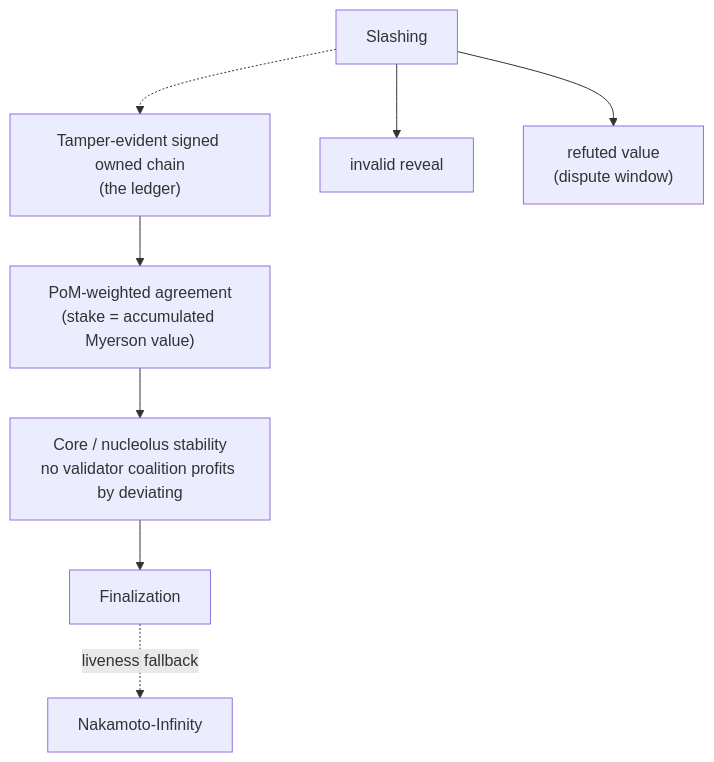
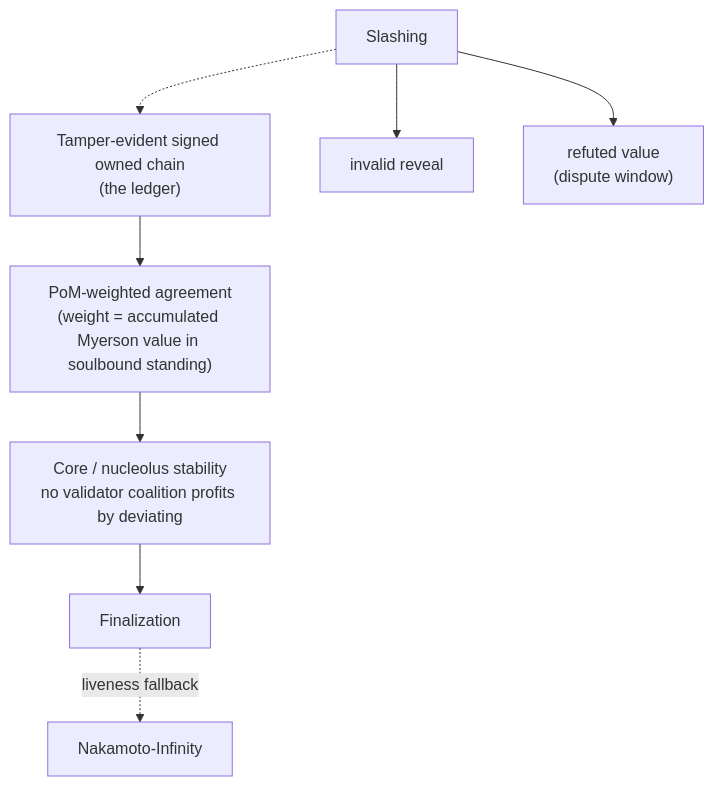
Before and after one commit to WGlynn/noesis: the fourth of 4 diagrams in docs/WHITEPAPER.md, drawn with Mermaid. The commit also changed other lines of this file and 43 other files, not shown here.

````diff
--- a/docs/WHITEPAPER.md
+++ b/docs/WHITEPAPER.md
@@ -234,10 +235,10 @@
 ```mermaid
 flowchart TD
-  CHAIN["Tamper-evident signed owned chain<br/>(the ledger)"] --> W["PoM-weighted agreement<br/>(stake = accumulated Myerson value)"]
+  CHAIN["Tamper-evident signed owned chain<br/>(the ledger)"] --> W["PoM-weighted agreement<br/>(weight = accumulated Myerson value in soulbound standing)"]
   W --> STAB["Core / nucleolus stability<br/>no validator coalition profits by deviating"]
   STAB --> FIN["Finalization"]
   FIN -. liveness fallback .-> NI["Nakamoto-Infinity"]
   SLASH["Slashing"] -.-> CHAIN
   SLASH --> S1["invalid reveal"]
   SLASH --> S2["refuted value<br/>(dispute window)"]
 ```
````
